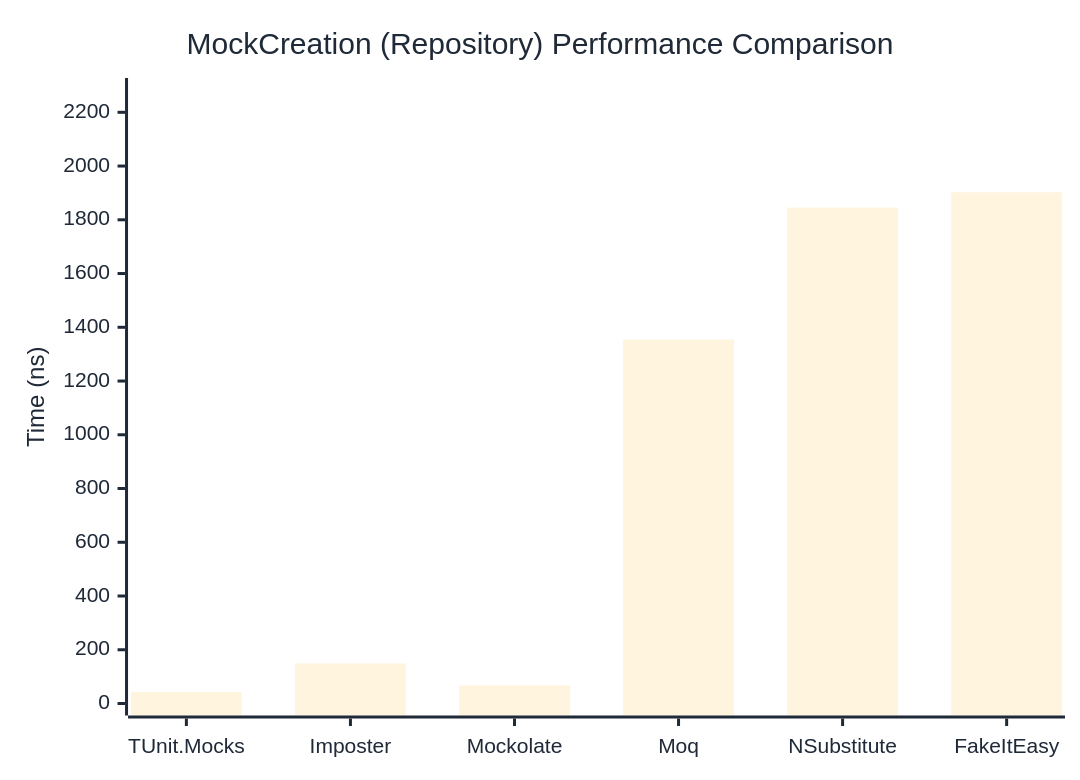
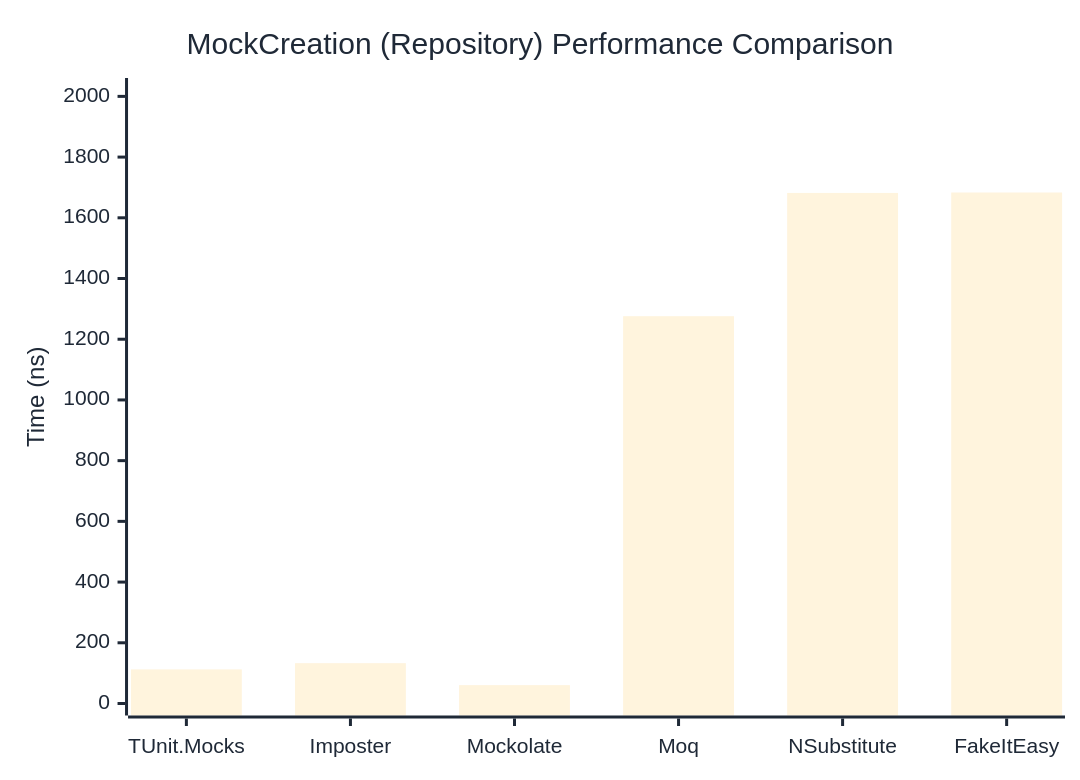
Before and after one commit to thomhurst/TUnit: the second of 2 diagrams in docs/docs/benchmarks/mocks/MockCreation.md, drawn with Mermaid. The commit also changed other lines of this file and 13 other files, not shown here.

````diff
--- a/docs/docs/benchmarks/mocks/MockCreation.md
+++ b/docs/docs/benchmarks/mocks/MockCreation.md
@@ -69,27 +69,27 @@
 ```mermaid
 %%{init: {
   'theme':'base',
   'themeVariables': {
     'primaryColor': '#2563eb',
     'primaryTextColor': '#1f2937',
     'primaryBorderColor': '#1e40af',
     'lineColor': '#6b7280',
     'secondaryColor': '#7c3aed',
     'tertiaryColor': '#dc2626',
     'background': '#ffffff',
     'pie1': '#2563eb',
     'pie2': '#7c3aed',
     'pie3': '#dc2626',
     'pie4': '#f59e0b',
     'pie5': '#10b981',
     'pie6': '#06b6d4',
     'pie7': '#ec4899',
     'pie8': '#6366f1'
   }
 }}%%
 xychart-beta
   title "MockCreation (Repository) Performance Comparison"
   x-axis ["TUnit.Mocks", "Imposter", "Mockolate", "Moq", "NSubstitute", "FakeItEasy"]
-  y-axis "Time (ns)" 0 --> 2283
-  bar [43.09, 149.02, 67.16, 1354.15, 1845.34, 1902.44]
+  y-axis "Time (ns)" 0 --> 2021
+  bar [112.37, 132.86, 60.49, 1275.84, 1681.9, 1683.37]
 ```
````
